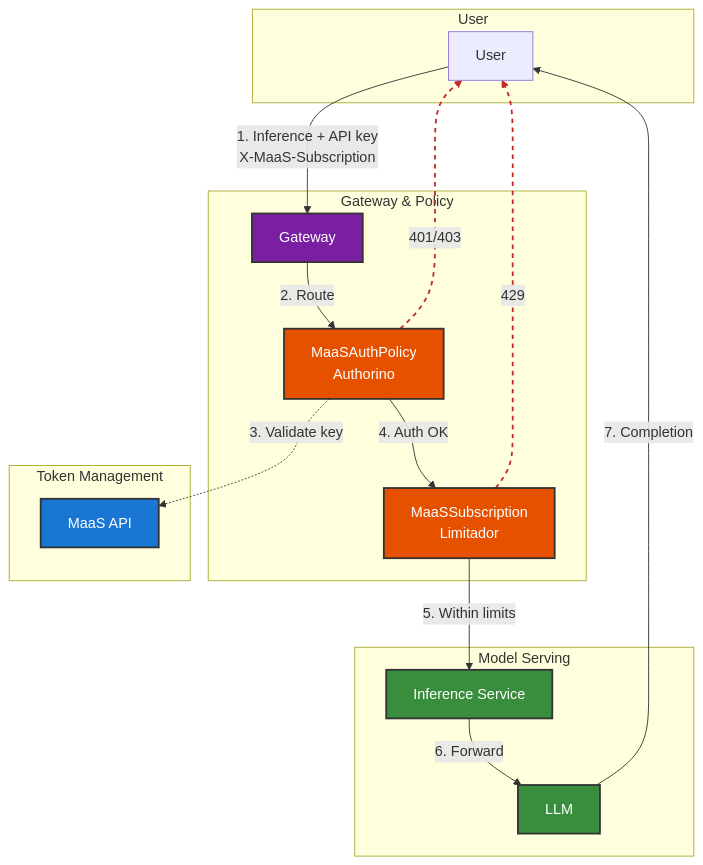
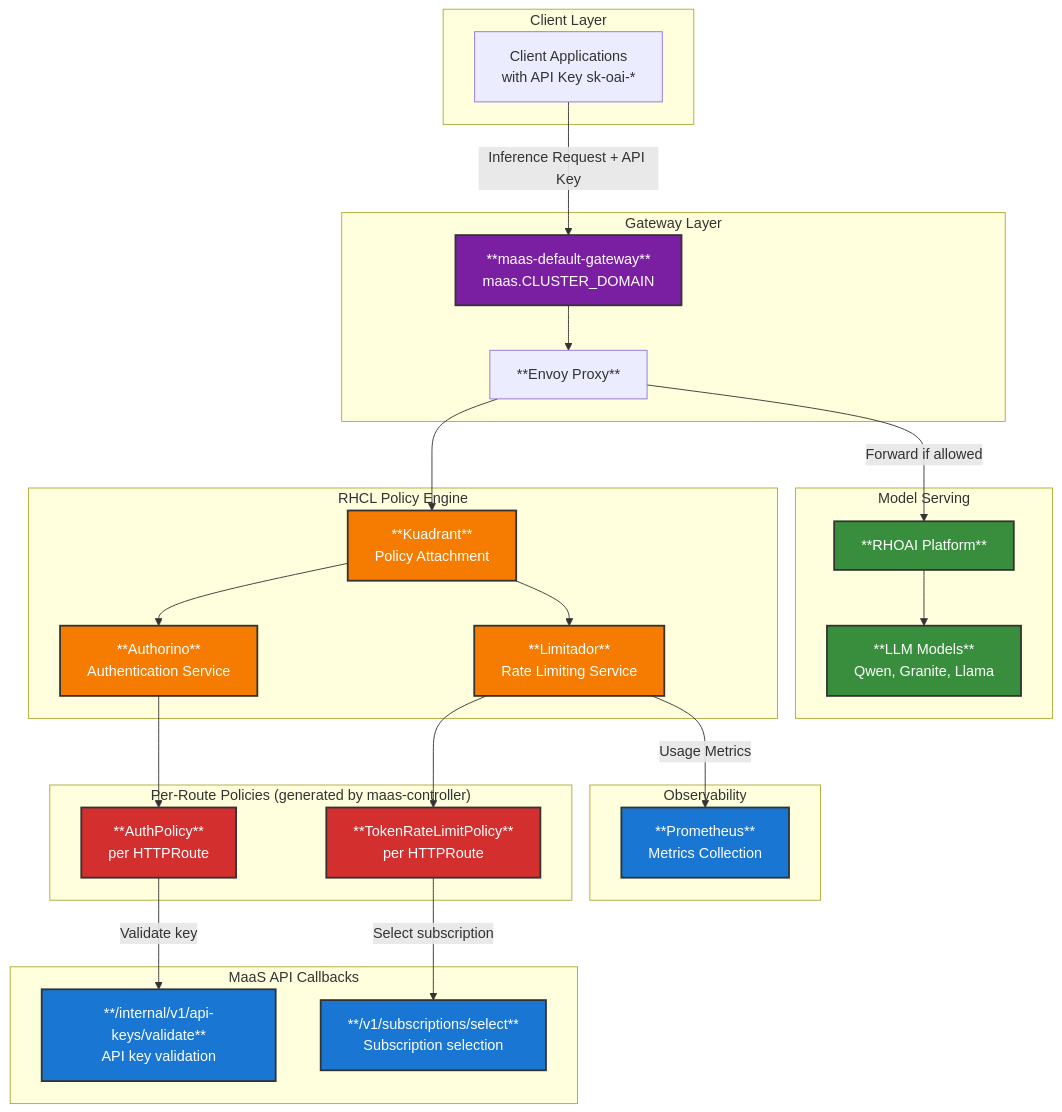
Before and after one commit to opendatahub-io/models-as-a-service: the fourth of 6 diagrams in docs/content/architecture.md, drawn with Mermaid. The commit also changed other lines of this file and 26 other files, not shown here.

````diff
--- a/docs/content/architecture.md
+++ b/docs/content/architecture.md
@@ -164,42 +186,66 @@
 ```mermaid
 graph TB
-    subgraph UserLayer["User"]
-        U[User]
+    subgraph "Client Layer"
+        Client[Client Applications<br/>with API Key sk-oai-*]
     end
     
-    subgraph GatewayLayer["Gateway & Policy"]
-        G[Gateway]
-        MAP[MaaSAuthPolicy<br/>Authorino]
-        MS[MaaSSubscription<br/>Limitador]
+    subgraph "Gateway Layer"
+        GatewayAPI[**maas-default-gateway**<br/>maas.CLUSTER_DOMAIN]
+        Envoy[**Envoy Proxy**]
     end
     
-    subgraph MaaSLayer["Token Management"]
-        API[MaaS API]
+    subgraph "RHCL Policy Engine"
+        Kuadrant[**Kuadrant**<br/>Policy Attachment]
+        Authorino[**Authorino**<br/>Authentication Service]
+        Limitador[**Limitador**<br/>Rate Limiting Service]
     end
     
-    subgraph ModelLayer["Model Serving"]
-        INV[Inference Service]
-        LLM[LLM]
+    subgraph "Per-Route Policies (generated by maas-controller)"
+        PerRouteAuth[**AuthPolicy**<br/>per HTTPRoute]
+        PerRouteTRLP[**TokenRateLimitPolicy**<br/>per HTTPRoute]
     end
     
-    U -->|"1. Inference + API key<br/>X-MaaS-Subscription"| G
-    G -->|"2. Route"| MAP
-    MAP -.->|"3. Validate key"| API
-    MAP -->|"4. Auth OK"| MS
-    MS -->|"5. Within limits"| INV
-    INV -->|"6. Forward"| LLM
-    LLM -->|"7. Completion"| U
+    subgraph "MaaS API Callbacks"
+        ValidateAPI[**/internal/v1/api-keys/validate**<br/>API key validation]
+        SubSelectAPI[**/v1/subscriptions/select**<br/>Subscription selection]
+    end
     
-    MAP -.->|"401/403"| U
-    MS -.->|"429"| U
+    subgraph "Model Serving"
+        RHOAI[**RHOAI Platform**]
+        Models[**LLM Models**<br/>Qwen, Granite, Llama]
+    end
     
-    linkStyle 7 stroke:#c62828,stroke-width:2px,stroke-dasharray:5,5
-    linkStyle 8 stroke:#c62828,stroke-width:2px,stroke-dasharray:5,5
+    subgraph "Observability"
+        Prometheus[**Prometheus**<br/>Metrics Collection]
+    end
     
-    style API fill:#1976d2,stroke:#333,stroke-width:2px,color:#fff
-    style G fill:#7b1fa2,stroke:#333,stroke-width:2px,color:#fff
-    style MAP fill:#e65100,stroke:#333,stroke-width:2px,color:#fff
-    style MS fill:#e65100,stroke:#333,stroke-width:2px,color:#fff
-    style INV fill:#388e3c,stroke:#333,stroke-width:2px,color:#fff
-    style LLM fill:#388e3c,stroke:#333,stroke-width:2px,color:#fff
+    Client -->|Inference Request + API Key| GatewayAPI
+    GatewayAPI --> Envoy
+    
+    Envoy --> Kuadrant
+    Kuadrant --> Authorino
+    Kuadrant --> Limitador
+    
+    Authorino --> PerRouteAuth
+    PerRouteAuth -->|"Validate key"| ValidateAPI
+    
+    Limitador --> PerRouteTRLP
+    PerRouteTRLP -->|"Select subscription"| SubSelectAPI
+    
+    Envoy -->|"Forward if allowed"| RHOAI
+    RHOAI --> Models
+    
+    Limitador -->|Usage Metrics| Prometheus
+    
+    style GatewayAPI fill:#7b1fa2,stroke:#333,stroke-width:2px,color:#fff
+    style Kuadrant fill:#f57c00,stroke:#333,stroke-width:2px,color:#fff
+    style Authorino fill:#f57c00,stroke:#333,stroke-width:2px,color:#fff
+    style Limitador fill:#f57c00,stroke:#333,stroke-width:2px,color:#fff
+    style PerRouteAuth fill:#d32f2f,stroke:#333,stroke-width:2px,color:#fff
+    style PerRouteTRLP fill:#d32f2f,stroke:#333,stroke-width:2px,color:#fff
+    style ValidateAPI fill:#1976d2,stroke:#333,stroke-width:2px,color:#fff
+    style SubSelectAPI fill:#1976d2,stroke:#333,stroke-width:2px,color:#fff
+    style RHOAI fill:#388e3c,stroke:#333,stroke-width:2px,color:#fff
+    style Models fill:#388e3c,stroke:#333,stroke-width:2px,color:#fff
+    style Prometheus fill:#1976d2,stroke:#333,stroke-width:2px,color:#fff
 ```
````
